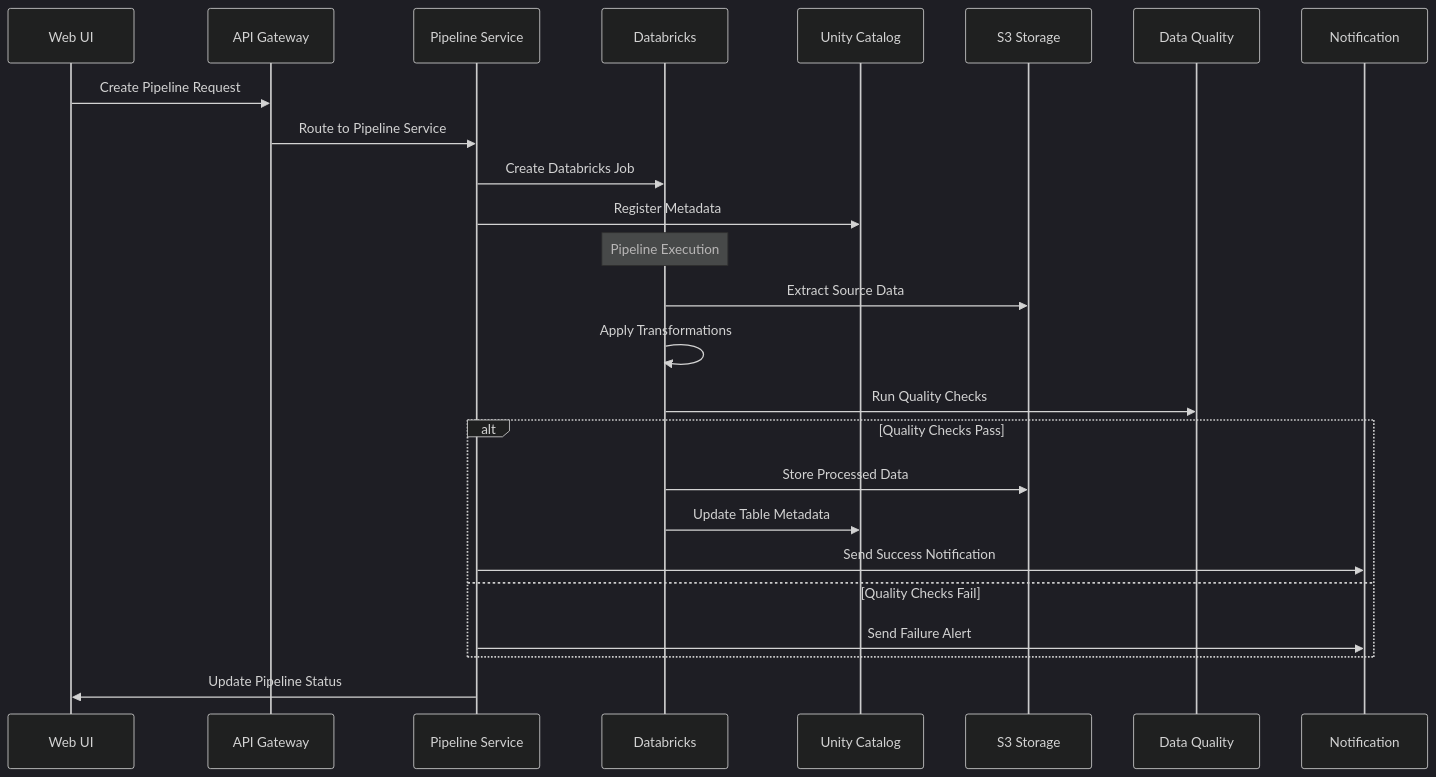
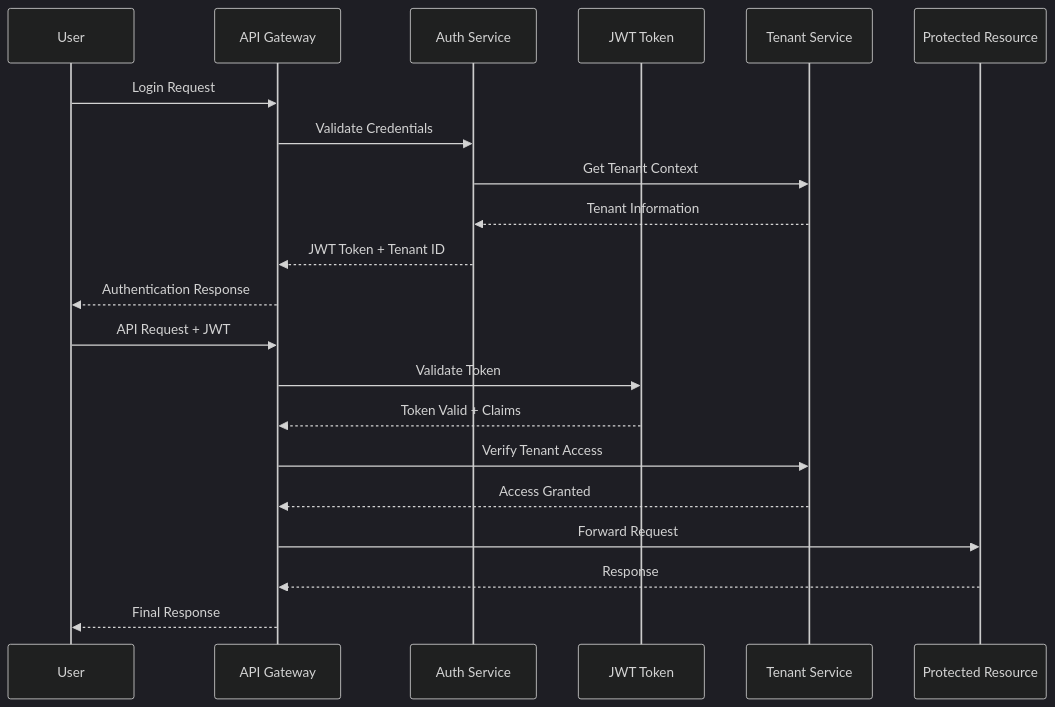
Before and after one commit to anurag-v-naik/multi-tenant-ingestion: the third of 4 diagrams in ARCHITECTURE.md, drawn with Mermaid (dark theme). The commit also changed other lines of this file and 17 other files, not shown here.

````diff
--- a/ARCHITECTURE.md
+++ b/ARCHITECTURE.md
@@ -292,31 +311,25 @@
 ```mermaid
 sequenceDiagram
-    participant UI as Web UI
+    participant U as User
     participant API as API Gateway
-    participant PS as Pipeline Service
-    participant DB as Databricks
-    participant UC as Unity Catalog
-    participant S3 as S3 Storage
-    participant DQ as Data Quality
-    participant NS as Notification
-
-    UI->>API: Create Pipeline Request
-    API->>PS: Route to Pipeline Service
-    PS->>DB: Create Databricks Job
-    PS->>UC: Register Metadata
+    participant AUTH as Auth Service
+    participant JWT as JWT Token
+    participant TENANT as Tenant Service
+    participant RESOURCE as Protected Resource
     
-    Note over DB: Pipeline Execution
-    DB->>S3: Extract Source Data
-    DB->>DB: Apply Transformations
-    DB->>DQ: Run Quality Checks
+    U->>API: Login Request
+    API->>AUTH: Validate Credentials
+    AUTH->>TENANT: Get Tenant Context
+    TENANT-->>AUTH: Tenant Information
+    AUTH-->>API: JWT Token + Tenant ID
+    API-->>U: Authentication Response
     
-    alt Quality Checks Pass
-        DB->>S3: Store Processed Data
-        DB->>UC: Update Table Metadata
-        PS->>NS: Send Success Notification
-    else Quality Checks Fail
-        PS->>NS: Send Failure Alert
-    end
-    
-    PS->>UI: Update Pipeline Status
+    U->>API: API Request + JWT
+    API->>JWT: Validate Token
+    JWT-->>API: Token Valid + Claims
+    API->>TENANT: Verify Tenant Access
+    TENANT-->>API: Access Granted
+    API->>RESOURCE: Forward Request
+    RESOURCE-->>API: Response
+    API-->>U: Final Response
 ```
````
